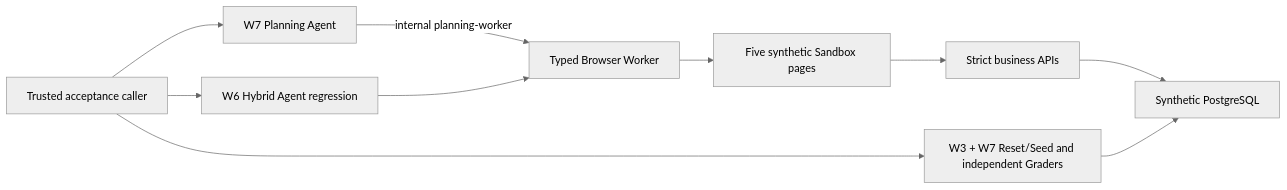
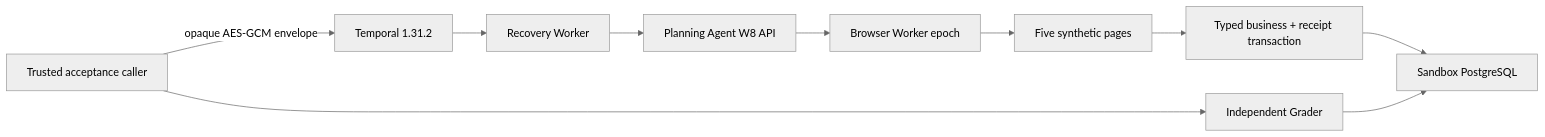
The diagram in README.md (taka-wzx/flowpilot-arena), drawn with Mermaid (neutral theme) before and after one commit. The commit also changed other lines of this file and 66 other files, not shown here.

```diff
--- a/README.md
+++ b/README.md
@@ -26,12 +27,12 @@
 ~~~mermaid
 flowchart LR
-    Caller["Trusted acceptance caller"] --> Arena["W3 + W7 Reset/Seed and independent Graders"]
-    Caller --> Planning["W7 Planning Agent"]
-    Caller --> Hybrid["W6 Hybrid Agent regression"]
-    Planning -->|"internal planning-worker"| Worker["Typed Browser Worker"]
-    Hybrid --> Worker
-    Worker --> Web["Five synthetic Sandbox pages"]
-    Web --> API["Strict business APIs"]
-    API --> DB["Synthetic PostgreSQL"]
-    Arena --> DB
+    Caller["Trusted acceptance caller"] -->|"opaque AES-GCM envelope"| Temporal["Temporal 1.31.2"]
+    Temporal --> Recovery["Recovery Worker"]
+    Recovery --> Planning["Planning Agent W8 API"]
+    Planning --> Browser["Browser Worker epoch"]
+    Browser --> Web["Five synthetic pages"]
+    Web --> API["Typed business + receipt transaction"]
+    API --> DB["Sandbox PostgreSQL"]
+    Caller --> Grader["Independent Grader"]
+    Grader --> DB
 ~~~
```
